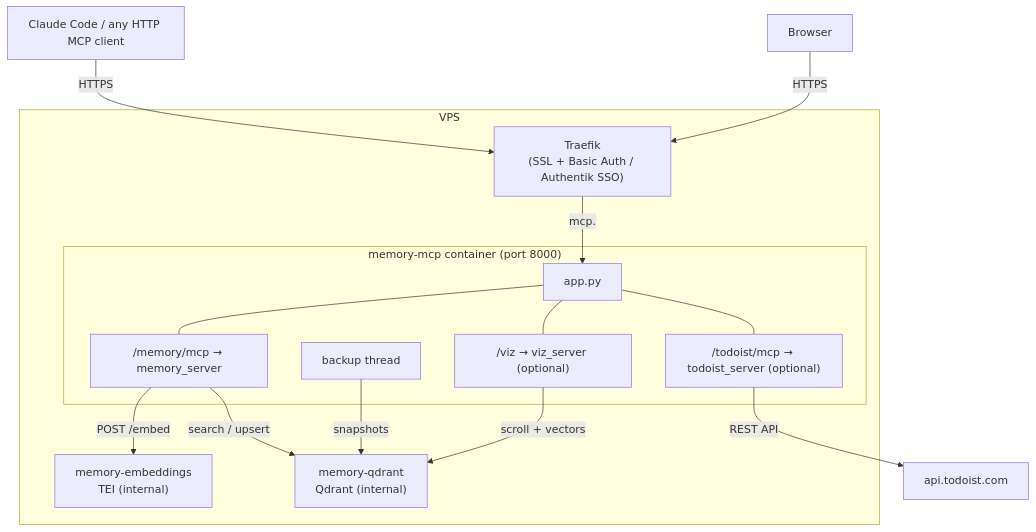
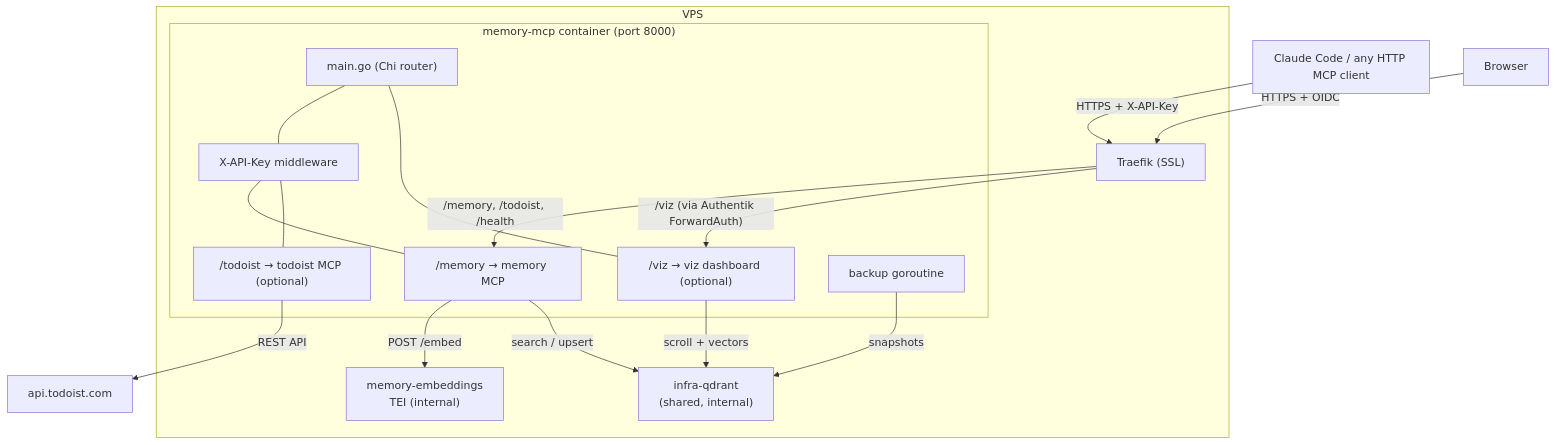
Before and after one commit to dzarlax/personal_memory: the first of 2 diagrams in README.MD, drawn with Mermaid. The commit also changed other lines of this file and 7 other files, not shown here.

````diff
--- a/README.MD
+++ b/README.MD
@@ -20,32 +23,35 @@
 ```mermaid
 graph TD
     Client["Claude Code / any HTTP MCP client"]
     Browser["Browser"]
 
     subgraph VPS["VPS"]
-        Traefik["Traefik\n(SSL + Basic Auth / Authentik SSO)"]
+        Traefik["Traefik (SSL)"]
 
         subgraph MCP["memory-mcp container (port 8000)"]
-            App["app.py"]
-            Memory["/memory/mcp → memory_server"]
-            Todoist["/todoist/mcp → todoist_server (optional)"]
-            Viz["/viz → viz_server (optional)"]
-            Backup["backup thread"]
-            App --- Memory
-            App --- Todoist
+            App["main.go (Chi router)"]
+            Auth["X-API-Key middleware"]
+            Memory["/memory → memory MCP"]
+            Todoist["/todoist → todoist MCP (optional)"]
+            Viz["/viz → viz dashboard (optional)"]
+            Backup["backup goroutine"]
+            App --- Auth
+            Auth --- Memory
+            Auth --- Todoist
             App --- Viz
         end
 
         TEI["memory-embeddings\nTEI (internal)"]
-        Qdrant["memory-qdrant\nQdrant (internal)"]
+        Qdrant["infra-qdrant\n(shared, internal)"]
     end
 
-    Client -->|"HTTPS"| Traefik
-    Browser -->|"HTTPS"| Traefik
-    Traefik -->|"mcp.<domain>"| App
+    Client -->|"HTTPS + X-API-Key"| Traefik
+    Browser -->|"HTTPS + OIDC"| Traefik
+    Traefik -->|"/memory, /todoist, /health"| Memory
+    Traefik -->|"/viz (via Authentik ForwardAuth)"| Viz
     Memory -->|"POST /embed"| TEI
     Memory -->|"search / upsert"| Qdrant
     Backup -->|"snapshots"| Qdrant
     Viz -->|"scroll + vectors"| Qdrant
     Todoist -->|"REST API"| TodoistAPI["api.todoist.com"]
 ```
````
